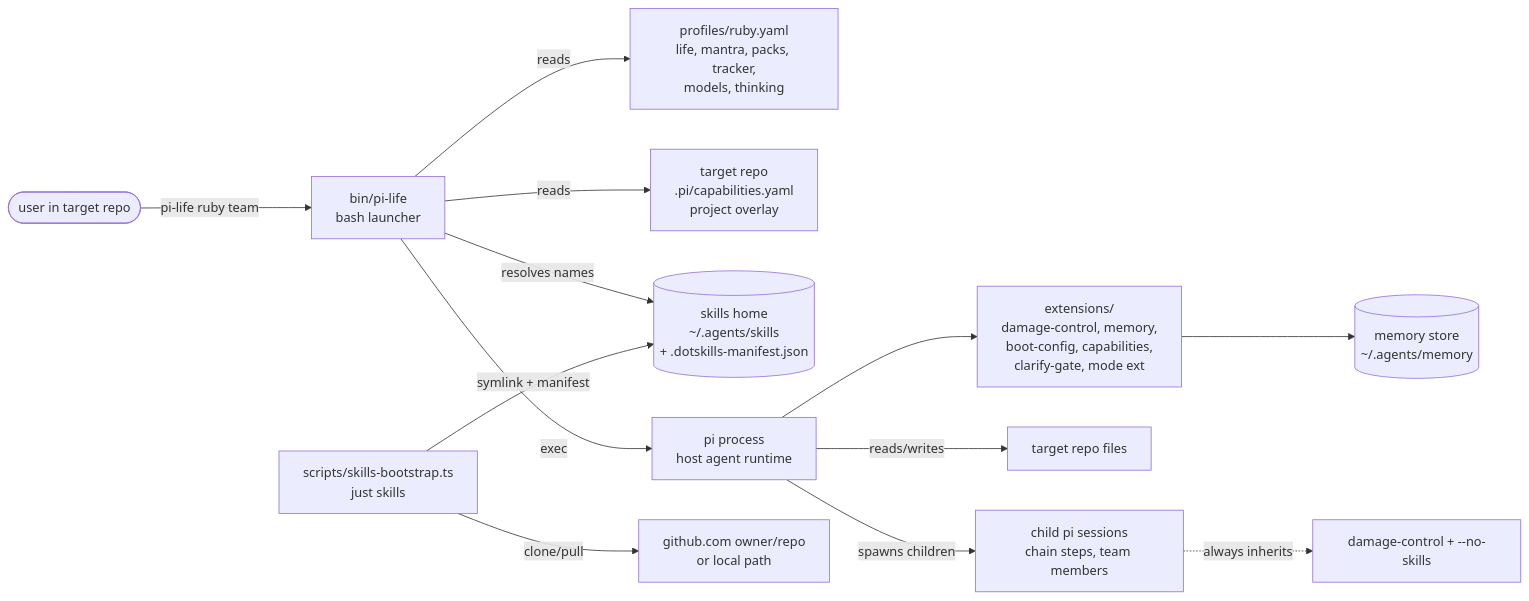
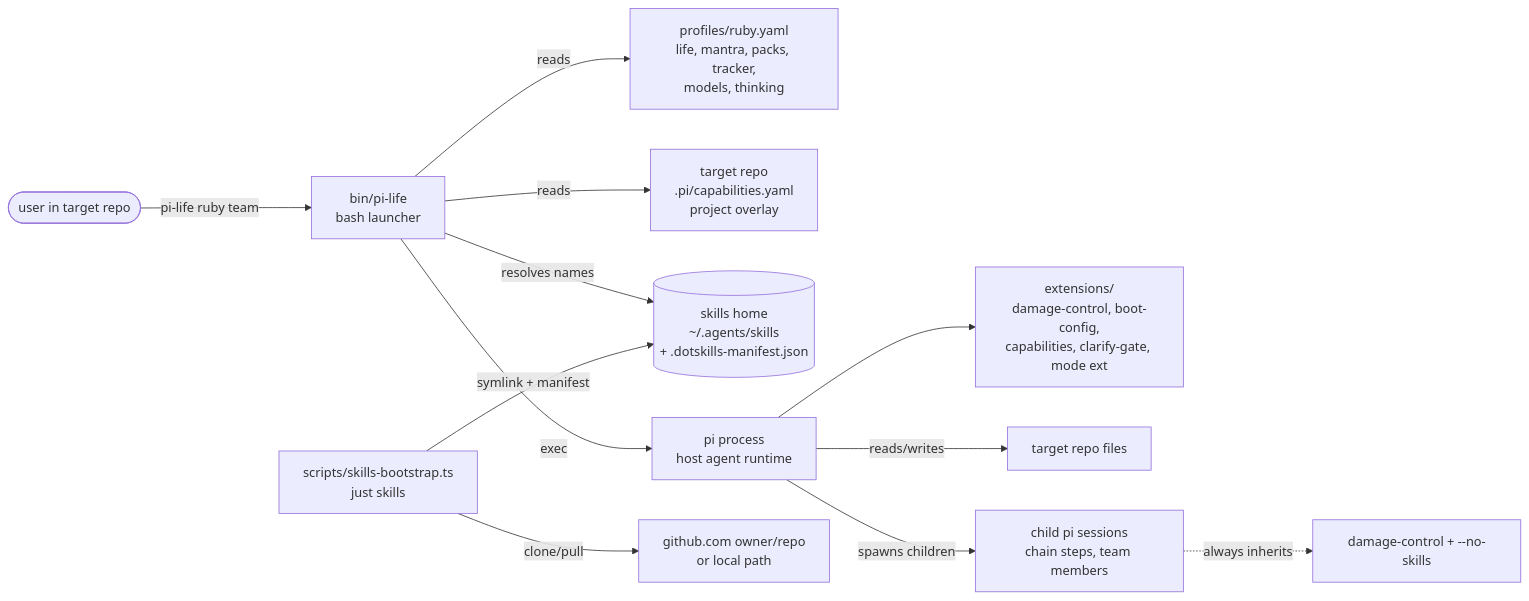
One commit to igmarin/my-pi-agent changed the first of 4 diagrams in ARCHITECTURE.md. Above: the diagram before and after it, drawn with Mermaid. The commit also changed other lines of this file and 11 other files, not shown here.

````diff
--- a/ARCHITECTURE.md
+++ b/ARCHITECTURE.md
@@ -21,15 +21,14 @@
 ```mermaid
 flowchart LR
     user([user in target repo]) -->|pi-life ruby team| PL[bin/pi-life<br/>bash launcher]
     PL -->|reads| PROF[profiles/ruby.yaml<br/>life, mantra, packs, tracker,<br/>models, thinking]
     PL -->|reads| OV[target repo<br/>.pi/capabilities.yaml<br/>project overlay]
     PL -->|resolves names| SH[(skills home<br/>~/.agents/skills<br/>+ .dotskills-manifest.json)]
     PL -->|exec| PI[pi process<br/>host agent runtime]
-    PI --> EXT[extensions/<br/>damage-control, memory,<br/>boot-config, capabilities,<br/>clarify-gate, mode ext]
+    PI --> EXT[extensions/<br/>damage-control, boot-config,<br/>capabilities, clarify-gate, mode ext]
     PI -->|reads/writes| REPO[target repo files]
     PI -->|spawns children| CHILD[child pi sessions<br/>chain steps, team members]
     CHILD -.->|always inherits| DC[damage-control + --no-skills]
-    EXT --> MEM[(memory store<br/>~/.agents/memory)]
     BOOT[scripts/skills-bootstrap.ts<br/>just skills] -->|clone/pull| GH[github.com owner/repo<br/>or local path]
     BOOT -->|symlink + manifest| SH
 ```
````
